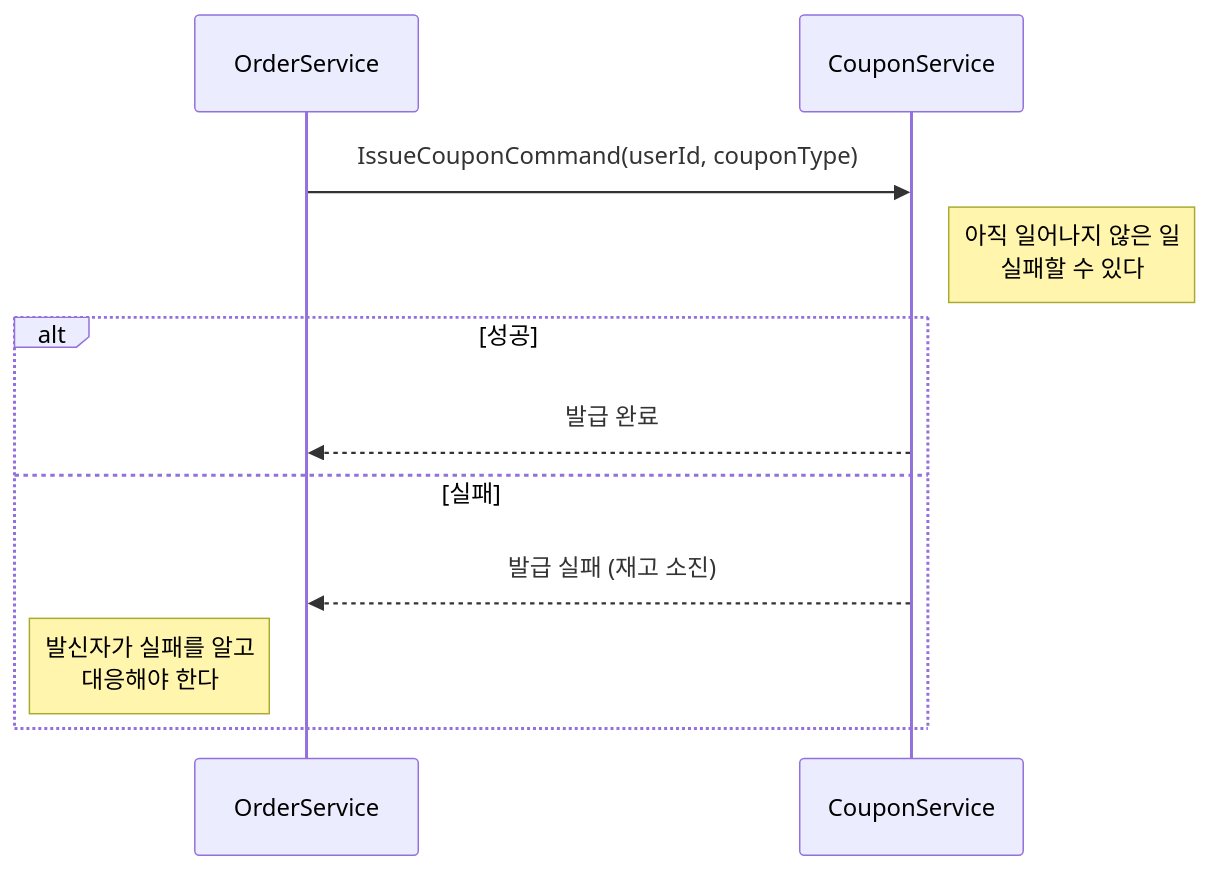
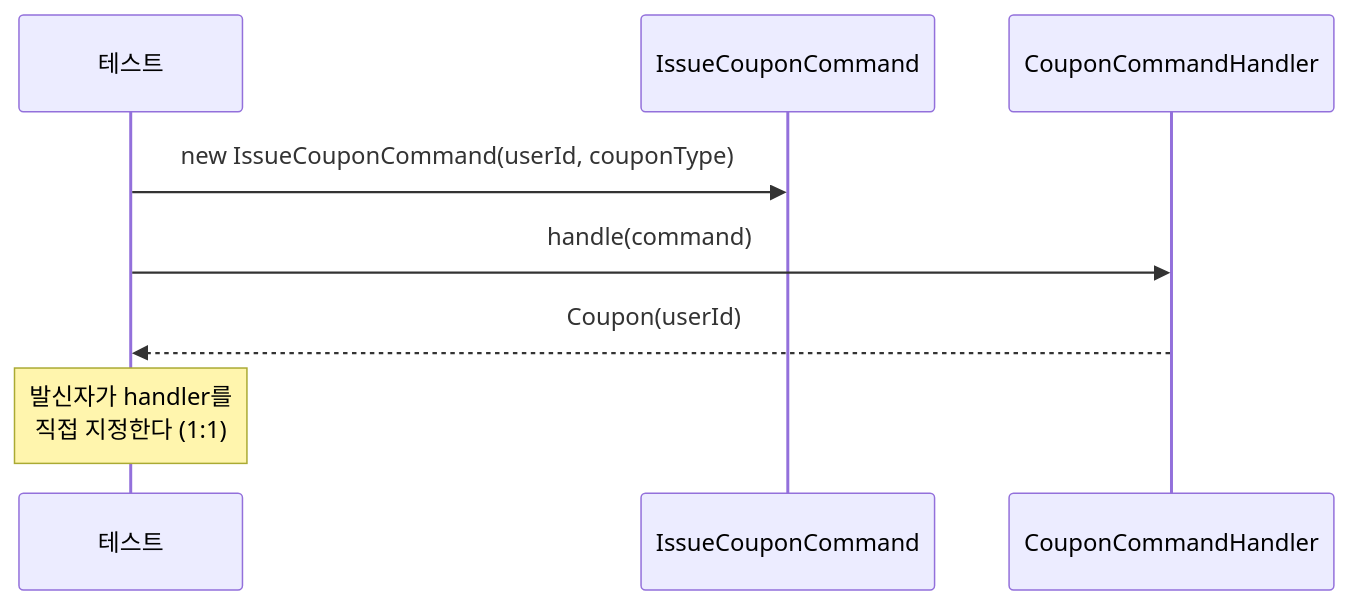
Before and after one commit to katiekim17/messaging-lab: the third of 7 diagrams in src/test/java/com/example/messaging/step0_command_vs_event/README.md, drawn with Mermaid. The commit also changed other lines of this file and 6 other files, not shown here.

````diff
--- a/src/test/java/com/example/messaging/step0_command_vs_event/README.md
+++ b/src/test/java/com/example/messaging/step0_command_vs_event/README.md
@@ -29,14 +46,12 @@
 ```mermaid
 sequenceDiagram
-    participant OrderService
-    participant CouponService
+    participant Test as 테스트
+    participant Cmd as IssueCouponCommand
+    participant Handler as CouponCommandHandler
 
-    OrderService->>CouponService: IssueCouponCommand(userId, couponType)
-    Note right of CouponService: 아직 일어나지 않은 일<br/>실패할 수 있다
-    alt 성공
-        CouponService-->>OrderService: 발급 완료
-    else 실패
-        CouponService-->>OrderService: 발급 실패 (재고 소진)
-        Note left of OrderService: 발신자가 실패를 알고<br/>대응해야 한다
-    end
+    Test->>Cmd: new IssueCouponCommand(userId, couponType)
+    Test->>Handler: handle(command)
+    Handler-->>Test: Coupon(userId)
+
+    Note over Test: 발신자가 handler를<br/>직접 지정한다 (1:1)
 ```
````
